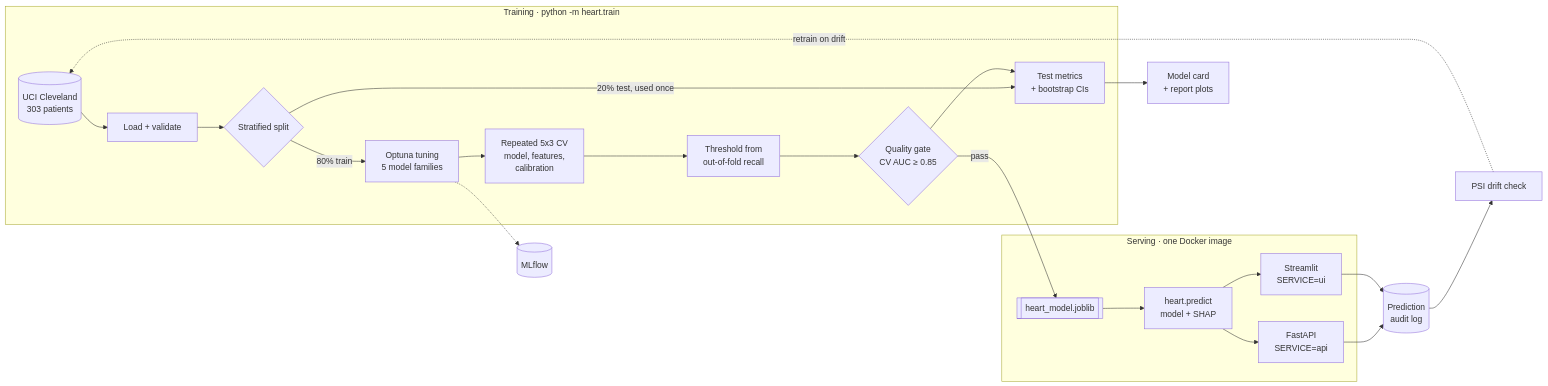
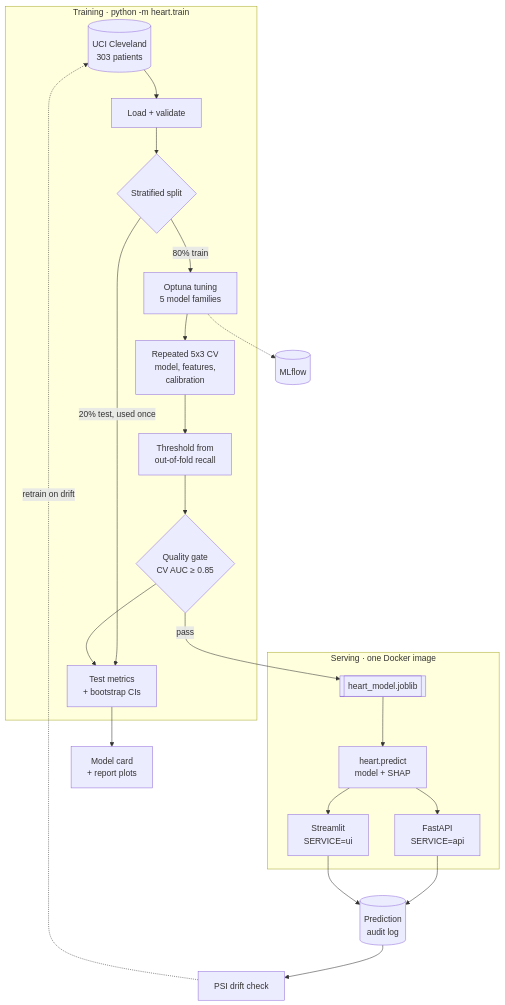
The diagram in README.md (Md-Faiz-Alam/heart-disease-predictor), drawn with Mermaid before and after one commit.

Commit message:
Use top-down layout for architecture diagram

````diff
--- a/README.md
+++ b/README.md
@@ -103,28 +103,28 @@
 ```mermaid
-flowchart LR
+flowchart TB
     subgraph Training["Training · python -m heart.train"]
         RAW[("UCI Cleveland<br/>303 patients")] --> VAL["Load + validate"]
         VAL --> SPLIT{"Stratified split"}
         SPLIT -->|"80% train"| TUNE["Optuna tuning<br/>5 model families"]
         TUNE --> CV["Repeated 5x3 CV<br/>model, features,<br/>calibration"]
         CV --> THR["Threshold from<br/>out-of-fold recall"]
         THR --> GATE{"Quality gate<br/>CV AUC ≥ 0.85"}
         SPLIT -->|"20% test, used once"| EVAL["Test metrics<br/>+ bootstrap CIs"]
         GATE --> EVAL
     end
 
     GATE -->|"pass"| ART[["heart_model.joblib"]]
     EVAL --> CARD["Model card<br/>+ report plots"]
     TUNE -.-> MLF[("MLflow")]
 
     subgraph Serving["Serving · one Docker image"]
         ART --> CORE["heart.predict<br/>model + SHAP"]
         CORE --> API["FastAPI<br/>SERVICE=api"]
         CORE --> UI["Streamlit<br/>SERVICE=ui"]
     end
 
     API --> LOG[("Prediction<br/>audit log")]
     UI --> LOG
     LOG --> DRIFT["PSI drift check"]
     DRIFT -.->|"retrain on drift"| RAW
 ```
````
